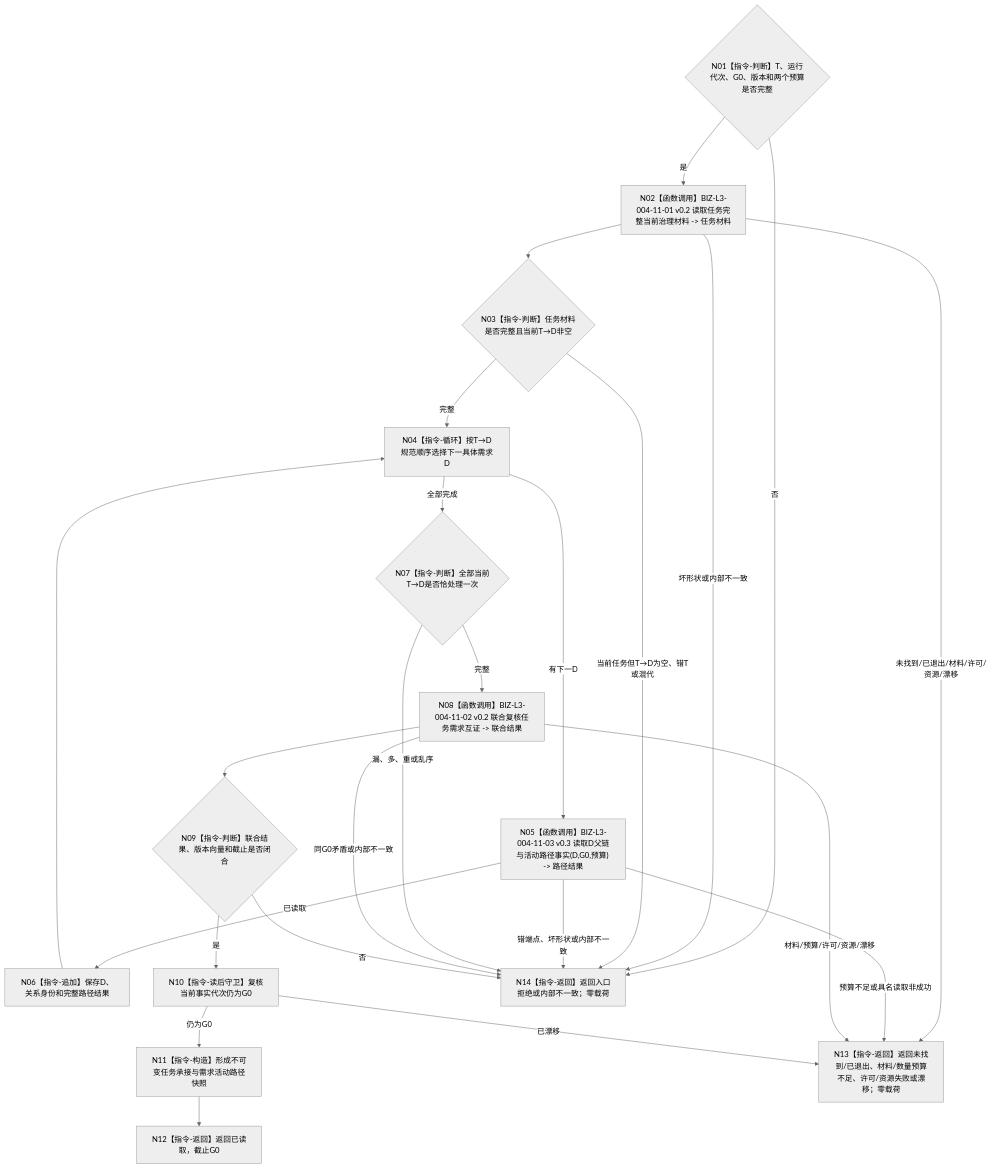
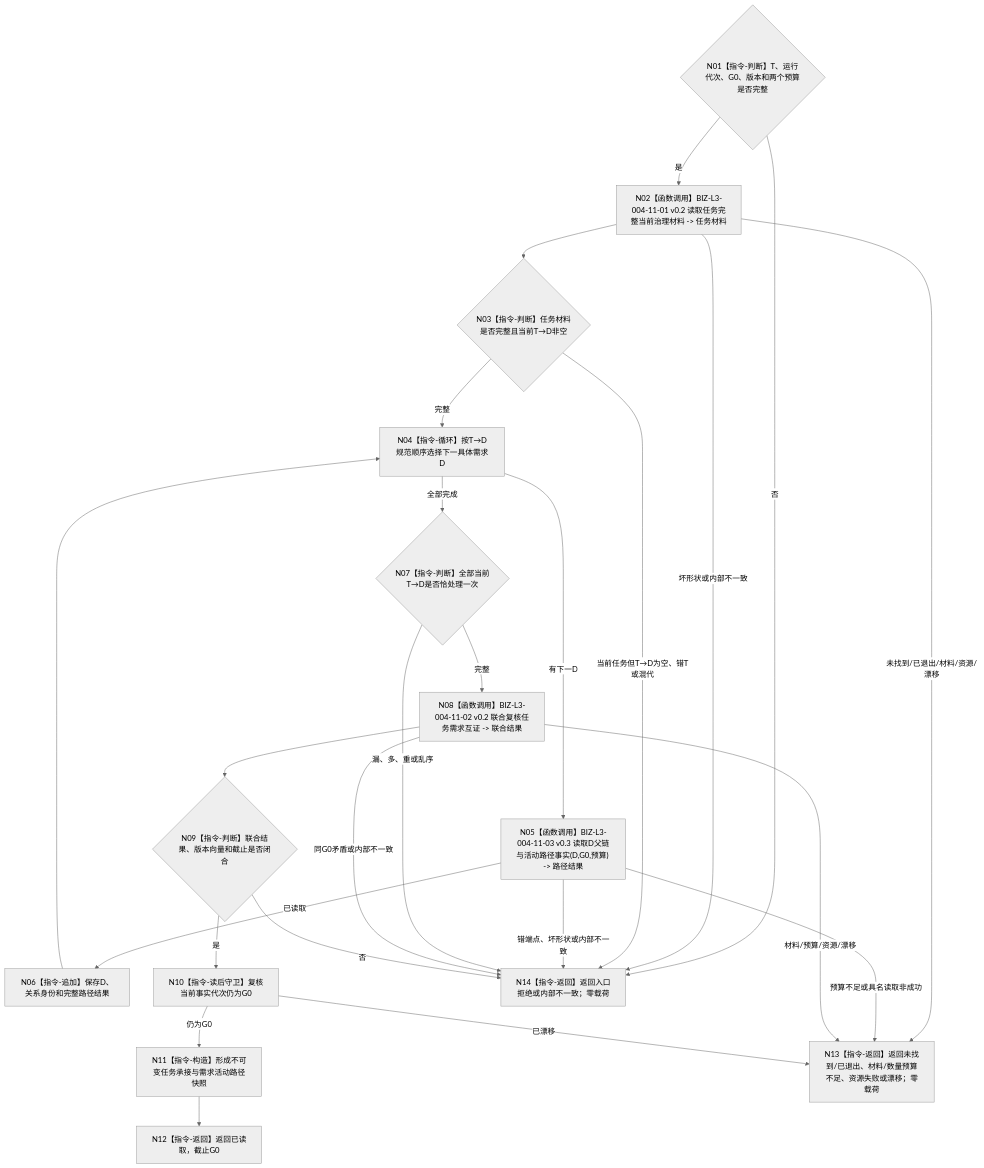
The diagram in 流程图/目标业务流程图/L2/BIZ-L2-004-11_完整读回任务承接与需求活动路径_目标函数流程图_v0.2.md (chunhaizh-cyber/HY-Ego), drawn with Mermaid (neutral theme) before and after one commit. The commit also changed other lines of this file and 14 other files, not shown here.

````diff
--- a/流程图/目标业务流程图/L2/BIZ-L2-004-11_完整读回任务承接与需求活动路径_目标函数流程图_v0.2.md
+++ b/流程图/目标业务流程图/L2/BIZ-L2-004-11_完整读回任务承接与需求活动路径_目标函数流程图_v0.2.md
@@ -37,37 +37,37 @@
 ```mermaid
 flowchart TD
     N01{"N01【指令-判断】T、运行代次、G0、版本和两个预算是否完整"}
     N02["N02【函数调用】BIZ-L3-004-11-01 v0.2 读取任务完整当前治理材料 -> 任务材料"]
     N03{"N03【指令-判断】任务材料是否完整且当前T→D非空"}
     N04["N04【指令-循环】按T→D规范顺序选择下一具体需求D"]
     N05["N05【函数调用】BIZ-L3-004-11-03 v0.3 读取D父链与活动路径事实(D,G0,预算) -> 路径结果"]
     N06["N06【指令-追加】保存D、关系身份和完整路径结果"]
     N07{"N07【指令-判断】全部当前T→D是否恰处理一次"}
     N08["N08【函数调用】BIZ-L3-004-11-02 v0.2 联合复核任务需求互证 -> 联合结果"]
     N09{"N09【指令-判断】联合结果、版本向量和截止是否闭合"}
     N10["N10【指令-读后守卫】复核当前事实代次仍为G0"]
     N11["N11【指令-构造】形成不可变任务承接与需求活动路径快照"]
     N12["N12【指令-返回】返回已读取，截止G0"]
-    N13["N13【指令-返回】返回未找到/已退出、材料/数量预算不足、许可/资源失败或漂移；零载荷"]
+    N13["N13【指令-返回】返回未找到/已退出、材料/数量预算不足、资源失败或漂移；零载荷"]
     N14["N14【指令-返回】返回入口拒绝或内部不一致；零载荷"]
 
     N01 -->|否| N14
     N01 -->|是| N02 --> N03
-    N02 -->|未找到/已退出/材料/许可/资源/漂移| N13
+    N02 -->|未找到/已退出/材料/资源/漂移| N13
     N02 -->|坏形状或内部不一致| N14
     N03 -->|当前任务但T→D为空、错T或混代| N14
     N03 -->|完整| N04
     N04 -->|有下一D| N05
     N05 -->|预算不足或具名读取非成功| N13
     N05 -->|错端点、坏形状或内部不一致| N14
     N05 -->|已读取| N06 --> N04
     N04 -->|全部完成| N07
     N07 -->|漏、多、重或乱序| N14
     N07 -->|完整| N08 --> N09
-    N08 -->|材料/预算/许可/资源/漂移| N13
+    N08 -->|材料/预算/资源/漂移| N13
     N08 -->|同G0矛盾或内部不一致| N14
     N09 -->|否| N14
     N09 -->|是| N10
     N10 -->|已漂移| N13
     N10 -->|仍为G0| N11 --> N12
 ```
````
